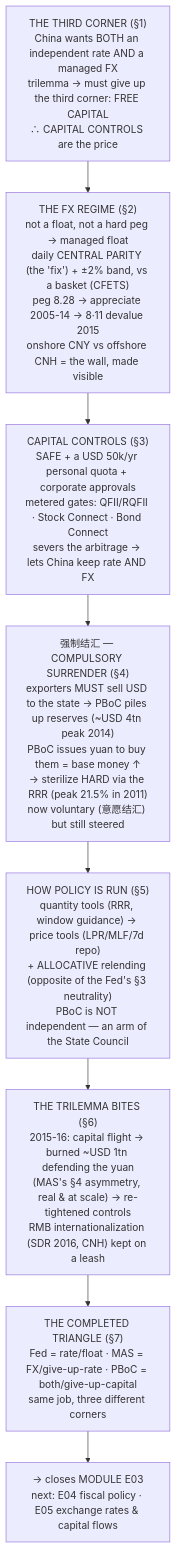
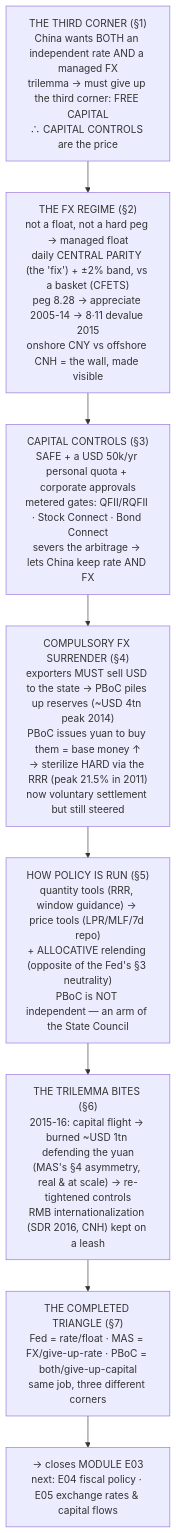
One commit to ustcer1984/Computer-Science-Software-Engineering-for-AI-Engineer changed the diagram in hobby/economy-and-finance/03-money-and-central-banks/05-the-pboc-model.md. Above: the diagram before and after it, drawn with Mermaid. The commit also changed other lines of this file and 4 other files, not shown here.

````diff
--- a/hobby/economy-and-finance/03-money-and-central-banks/05-the-pboc-model.md
+++ b/hobby/economy-and-finance/03-money-and-central-banks/05-the-pboc-model.md
@@ -332,18 +333,18 @@
 ```mermaid
 flowchart TD
     CHOICE["THE THIRD CORNER (§1)<br/>China wants BOTH an independent rate AND a managed FX<br/>trilemma → must give up the third corner: FREE CAPITAL<br/>∴ CAPITAL CONTROLS are the price"]
     REGIME["THE FX REGIME (§2)<br/>not a float, not a hard peg → managed float<br/>daily CENTRAL PARITY (the 'fix') + ±2% band, vs a basket (CFETS)<br/>peg 8.28 → appreciate 2005-14 → 8·11 devalue 2015<br/>onshore CNY vs offshore CNH = the wall, made visible"]
     CONTROLS["CAPITAL CONTROLS (§3)<br/>SAFE + a USD 50k/yr personal quota + corporate approvals<br/>metered gates: QFII/RQFII · Stock Connect · Bond Connect<br/>severs the arbitrage → lets China keep rate AND FX"]
-    SURRENDER["强制结汇 — COMPULSORY SURRENDER (§4)<br/>exporters MUST sell USD to the state → PBoC piles up reserves (~USD 4tn peak 2014)<br/>PBoC issues yuan to buy them = base money ↑<br/>→ sterilize HARD via the RRR (peak 21.5% in 2011)<br/>now voluntary (意愿结汇) but still steered"]
+    SURRENDER["COMPULSORY FX SURRENDER (§4)<br/>exporters MUST sell USD to the state → PBoC piles up reserves (~USD 4tn peak 2014)<br/>PBoC issues yuan to buy them = base money ↑<br/>→ sterilize HARD via the RRR (peak 21.5% in 2011)<br/>now voluntary settlement but still steered"]
     POLICY["HOW POLICY IS RUN (§5)<br/>quantity tools (RRR, window guidance) → price tools (LPR/MLF/7d repo)<br/>+ ALLOCATIVE relending (opposite of the Fed's §3 neutrality)<br/>PBoC is NOT independent — an arm of the State Council"]
     STRESS["THE TRILEMMA BITES (§6)<br/>2015-16: capital flight → burned ~USD 1tn defending the yuan<br/>(MAS's §4 asymmetry, real & at scale) → re-tightened controls<br/>RMB internationalization (SDR 2016, CNH) kept on a leash"]
     COMPARE["THE COMPLETED TRIANGLE (§7)<br/>Fed = rate/float · MAS = FX/give-up-rate · PBoC = both/give-up-capital<br/>same job, three different corners"]
     NEXT["→ closes MODULE E03<br/>next: E04 fiscal policy · E05 exchange rates &amp; capital flows"]
     CHOICE --> REGIME
     REGIME --> CONTROLS
     CONTROLS --> SURRENDER
     SURRENDER --> POLICY
     POLICY --> STRESS
     STRESS --> COMPARE
     COMPARE --> NEXT
 ```
````
